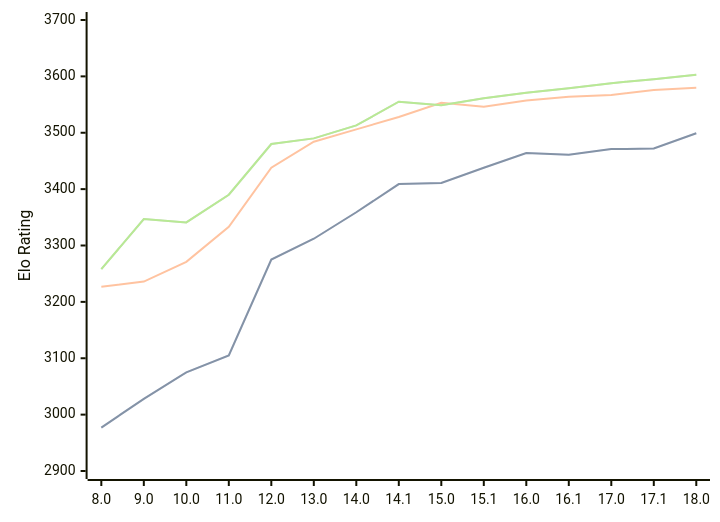
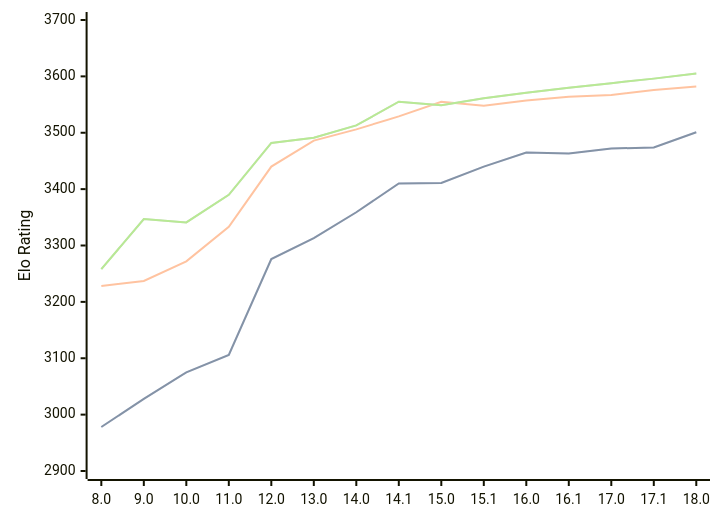
One commit to computer-chess-index/cci changed the diagram in engines/Stockfish.md. Above: the diagram before and after it, drawn with Mermaid. The commit also changed other lines of this file, not shown here.

Commit message:
Update CCI Ratings (ELO VLTC) - 2026-07-31

````diff
--- a/engines/Stockfish.md
+++ b/engines/Stockfish.md
@@ -46,11 +46,11 @@
 ```mermaid
 %%{init: {"theme":"base","themeVariables":{"seriesColors:['#a3a3a3','#222221','#faa371']}}}%%
 xychart-beta
   x-axis ["8.0", "9.0", "10.0", "11.0", "12.0", "13.0", "14.0", "14.1", "15.0", "15.1", "16.0", "16.1", "17.0", "17.1", "18.0"]
   y-axis "Elo Rating" 2900 --> 3700
-  line "STC (8.0+0.08s)" [2977, 3028, 3075, 3105, 3275, 3312, 3359, 3409, 3411, 3438, 3464, 3461, 3471, 3472, 3499]
-  line "STC (8.0+0.08s)" [2977, 3028, 3075, 3105, 3275, 3312, 3359, 3409, 3411, 3438, 3464, 3461, 3471, 3472, 3499]
-  line "LTC (60.0+0.60s)" [3227, 3236, 3271, 3333, 3438, 3484, 3506, 3528, 3553, 3546, 3557, 3564, 3567, 3576, 3580]
-  line "VLTC (2m24s+1.12s)" [3258, 3347, 3341, 3390, 3480, 3490, 3513, 3555, 3549, 3561, 3571, 3579, 3588, 3595, 3603]
-  line "VLTC (2m24s+1.12s)" [3258, 3347, 3341, 3390, 3480, 3490, 3513, 3555, 3549, 3561, 3571, 3579, 3588, 3595, 3603]
+  line "STC (8.0+0.08s)" [2978, 3028, 3075, 3106, 3276, 3313, 3359, 3410, 3411, 3440, 3465, 3463, 3472, 3474, 3501]
+  line "STC (8.0+0.08s)" [2978, 3028, 3075, 3106, 3276, 3313, 3359, 3410, 3411, 3440, 3465, 3463, 3472, 3474, 3501]
+  line "LTC (60.0+0.60s)" [3228, 3237, 3272, 3333, 3440, 3486, 3506, 3529, 3555, 3548, 3557, 3564, 3567, 3576, 3582]
+  line "VLTC (2m24s+1.12s)" [3258, 3347, 3341, 3390, 3482, 3491, 3513, 3555, 3549, 3561, 3571, 3580, 3588, 3596, 3605]
+  line "VLTC (2m24s+1.12s)" [3258, 3347, 3341, 3390, 3482, 3491, 3513, 3555, 3549, 3561, 3571, 3580, 3588, 3596, 3605]
 ```
````
